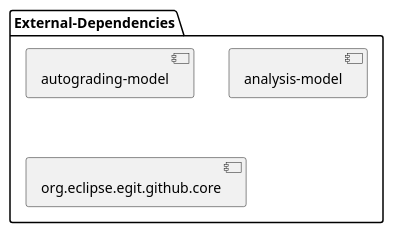
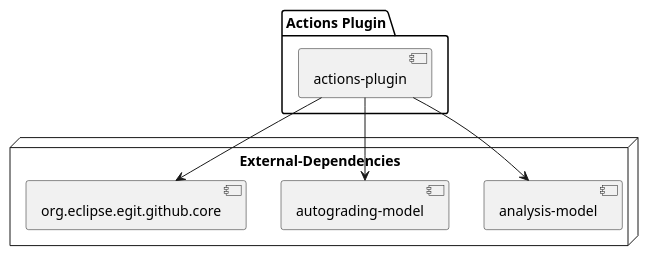
The diagram in components.puml (uhafner/autograding-github-action), drawn with PlantUML before and after one commit. The commit also changed 3 other files, not shown here.

```diff
--- a/components.puml
+++ b/components.puml
@@ -1,12 +1,19 @@
 @startuml
 
+package "Actions Plugin" {
+[actions-plugin]
+}
 
-package (External-Dependencies) {
+node "External-Dependencies" {
+[analysis-model]
+
 [autograding-model]
-
-[analysis-model]
 
 [org.eclipse.egit.github.core]
 }
 
+[actions-plugin] --> [analysis-model]
+[actions-plugin] --> [autograding-model]
+[actions-plugin] --> [org.eclipse.egit.github.core]
+
 @enduml
```
